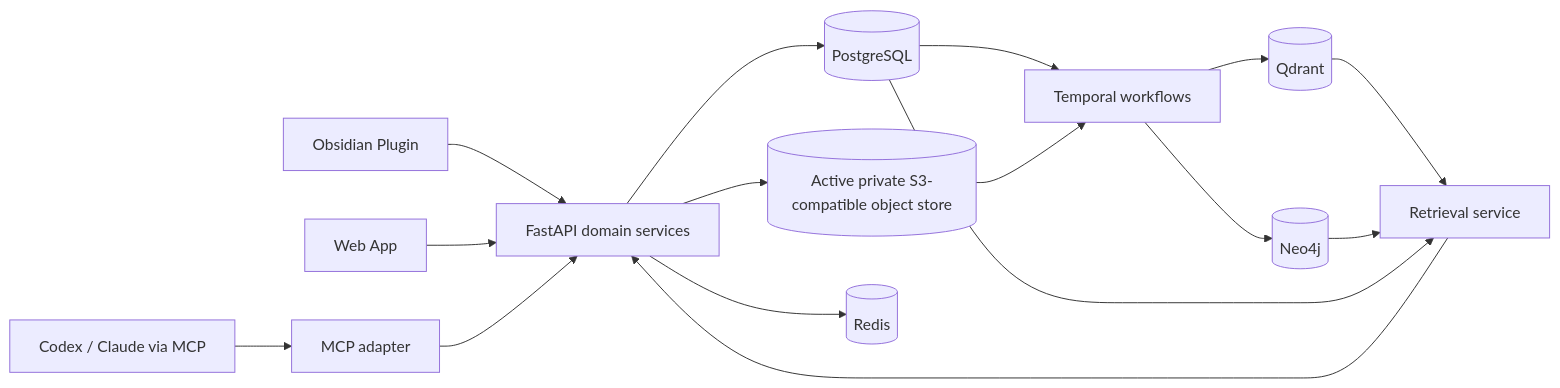
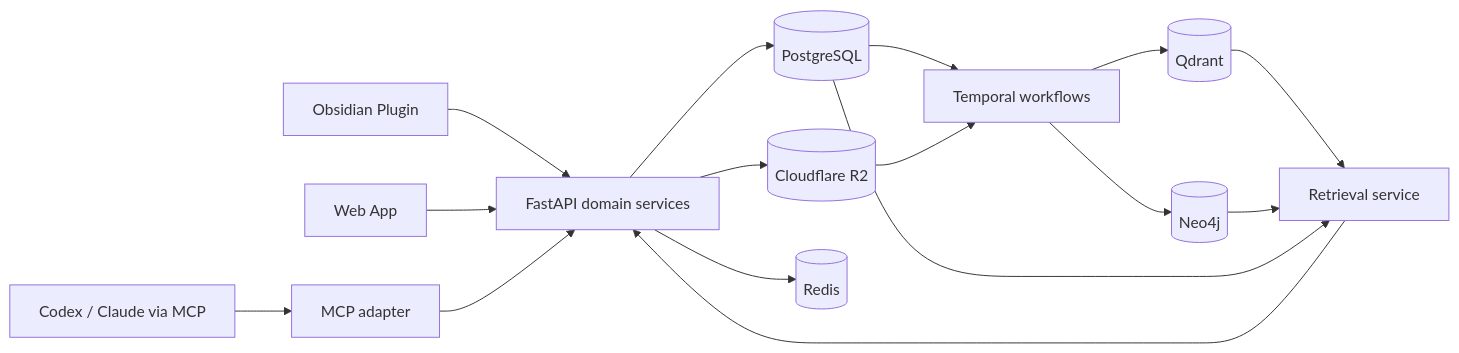
The diagram in docs/01-CANONICAL_ARCHITECTURE.md (leduc4894/personal_os), drawn with Mermaid before and after one commit. The commit also changed other lines of this file and 18 other files, not shown here.

````diff
--- a/docs/01-CANONICAL_ARCHITECTURE.md
+++ b/docs/01-CANONICAL_ARCHITECTURE.md
@@ -26,18 +26,18 @@
 ```mermaid
 flowchart LR
     O["Obsidian Plugin"] --> A["FastAPI domain services"]
     W["Web App"] --> A
     C["Codex / Claude via MCP"] --> M["MCP adapter"]
     M --> A
     A --> P[(PostgreSQL)]
-    A --> R[(Active private S3-compatible object store)]
+    A --> R[(Cloudflare R2)]
     P --> T["Temporal workflows"]
     R --> T
     T --> Q[(Qdrant)]
     T --> N[(Neo4j)]
     A --> D[(Redis)]
     Q --> X["Retrieval service"]
     N --> X
     P --> X
     X --> A
 ```
````
